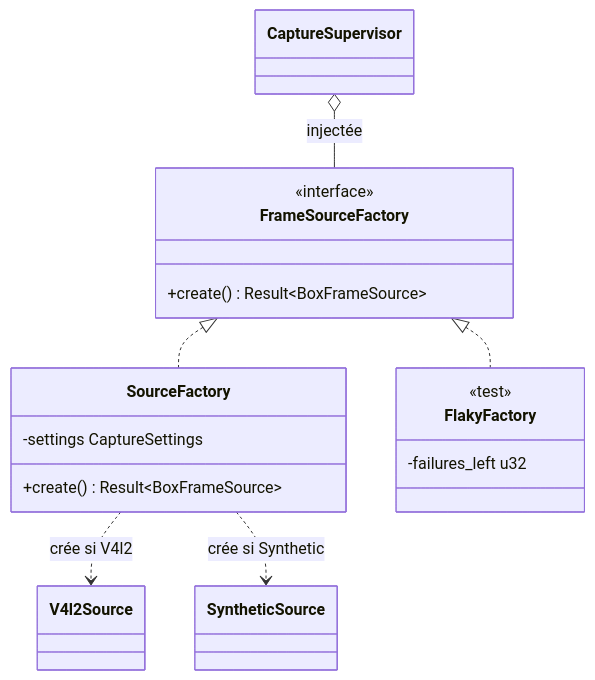
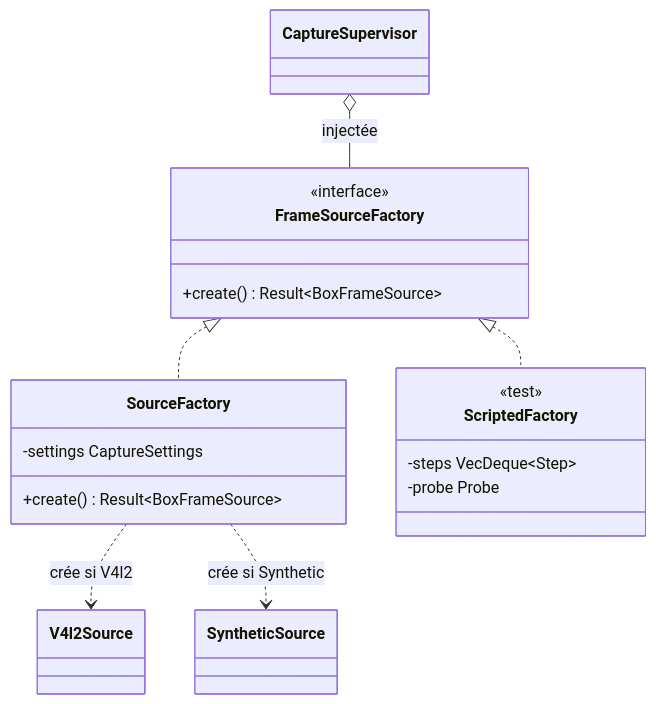
One commit to jprecigout/camstream changed the fourth of 10 diagrams in docs/design-patterns.md. Above: the diagram before and after it, drawn with Mermaid. The commit also changed other lines of this file and 54 other files, not shown here.

````diff
--- a/docs/design-patterns.md
+++ b/docs/design-patterns.md
@@ -161,21 +166,22 @@
 ```mermaid
 classDiagram
     class FrameSourceFactory {
         <<interface>>
         +create() Result~BoxFrameSource~
     }
     class SourceFactory {
         -settings CaptureSettings
         +create() Result~BoxFrameSource~
     }
-    class FlakyFactory {
+    class ScriptedFactory {
         <<test>>
-        -failures_left u32
+        -steps VecDeque~Step~
+        -probe Probe
     }
     class CaptureSupervisor
     FrameSourceFactory <|.. SourceFactory
-    FrameSourceFactory <|.. FlakyFactory
+    FrameSourceFactory <|.. ScriptedFactory
     CaptureSupervisor o-- FrameSourceFactory : injectée
     SourceFactory ..> V4l2Source : crée si V4l2
     SourceFactory ..> SyntheticSource : crée si Synthetic
 ```
````
